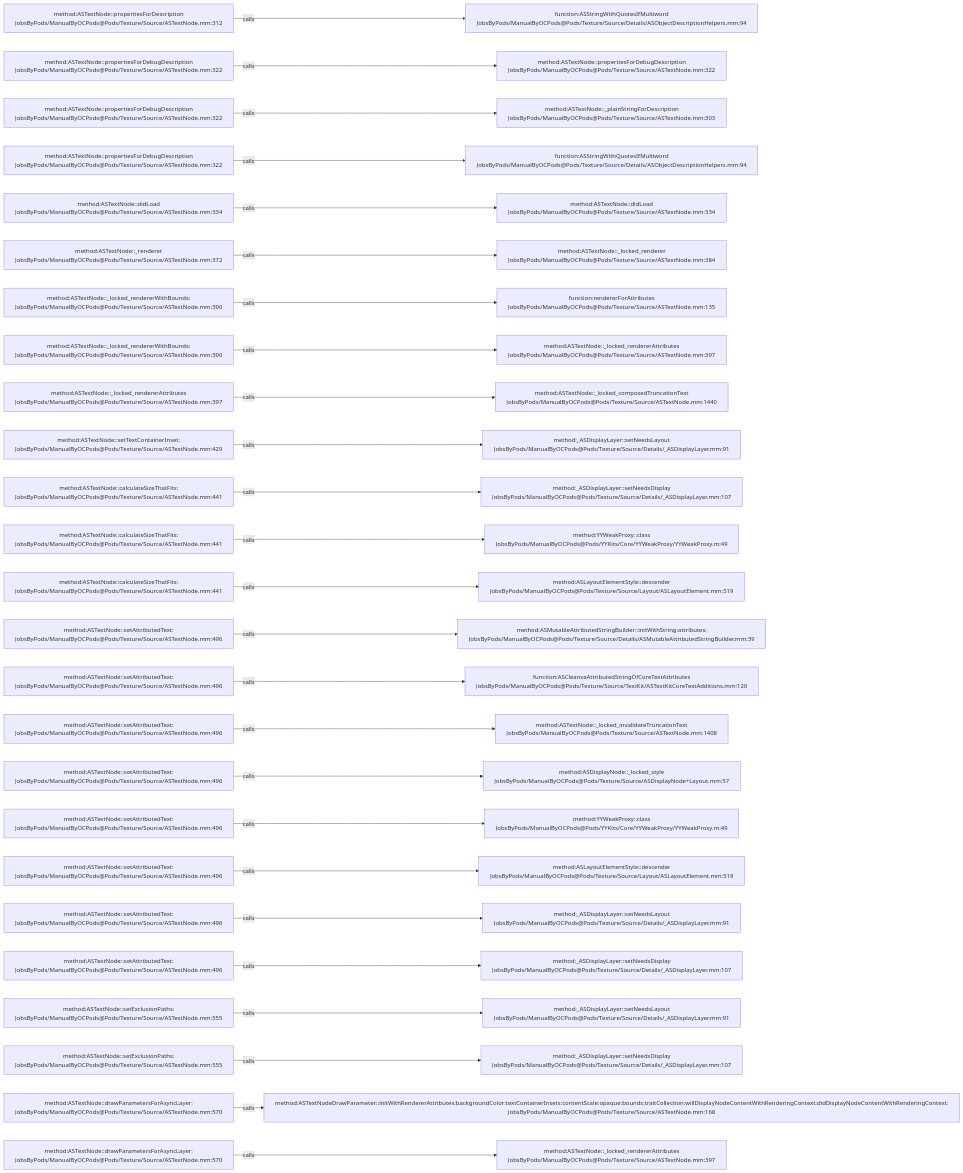
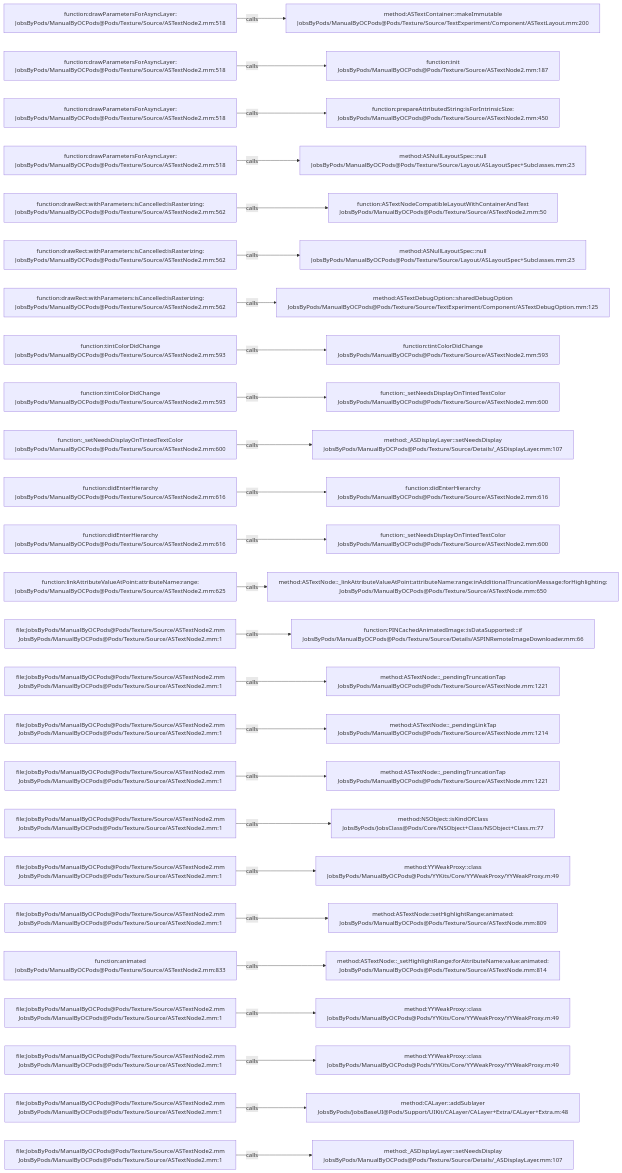
Before and after one commit to JobsKits/JobsOCBaseConfigDemo: the diagram in .codegraph/codegraph.md/graphs/calls-132.md, drawn with Mermaid. The commit also changed 1448 other files, not shown here.

````diff
--- a/.codegraph/codegraph.md/graphs/calls-132.md
+++ b/.codegraph/codegraph.md/graphs/calls-132.md
@@ -13,78 +13,78 @@
 ```mermaid
 flowchart LR
-  S1["method:ASTextNode::propertiesForDescription<br/>JobsByPods/ManualByOCPods@Pods/Texture/Source/ASTextNode.mm:312"]
-  T1["function:ASStringWithQuotesIfMultiword<br/>JobsByPods/ManualByOCPods@Pods/Texture/Source/Details/ASObjectDescriptionHelpers.mm:94"]
+  S1["function:drawParametersForAsyncLayer:<br/>JobsByPods/ManualByOCPods@Pods/Texture/Source/ASTextNode2.mm:518"]
+  T1["method:ASTextContainer::makeImmutable<br/>JobsByPods/ManualByOCPods@Pods/Texture/Source/TextExperiment/Component/ASTextLayout.mm:200"]
   S1 -->|calls| T1
-  S2["method:ASTextNode::propertiesForDebugDescription<br/>JobsByPods/ManualByOCPods@Pods/Texture/Source/ASTextNode.mm:322"]
-  T2["method:ASTextNode::propertiesForDebugDescription<br/>JobsByPods/ManualByOCPods@Pods/Texture/Source/ASTextNode.mm:322"]
+  S2["function:drawParametersForAsyncLayer:<br/>JobsByPods/ManualByOCPods@Pods/Texture/Source/ASTextNode2.mm:518"]
+  T2["function:init<br/>JobsByPods/ManualByOCPods@Pods/Texture/Source/ASTextNode2.mm:187"]
   S2 -->|calls| T2
-  S3["method:ASTextNode::propertiesForDebugDescription<br/>JobsByPods/ManualByOCPods@Pods/Texture/Source/ASTextNode.mm:322"]
-  T3["method:ASTextNode::_plainStringForDescription<br/>JobsByPods/ManualByOCPods@Pods/Texture/Source/ASTextNode.mm:303"]
+  S3["function:drawParametersForAsyncLayer:<br/>JobsByPods/ManualByOCPods@Pods/Texture/Source/ASTextNode2.mm:518"]
+  T3["function:prepareAttributedString:isForIntrinsicSize:<br/>JobsByPods/ManualByOCPods@Pods/Texture/Source/ASTextNode2.mm:450"]
   S3 -->|calls| T3
-  S4["method:ASTextNode::propertiesForDebugDescription<br/>JobsByPods/ManualByOCPods@Pods/Texture/Source/ASTextNode.mm:322"]
-  T4["function:ASStringWithQuotesIfMultiword<br/>JobsByPods/ManualByOCPods@Pods/Texture/Source/Details/ASObjectDescriptionHelpers.mm:94"]
+  S4["function:drawParametersForAsyncLayer:<br/>JobsByPods/ManualByOCPods@Pods/Texture/Source/ASTextNode2.mm:518"]
+  T4["method:ASNullLayoutSpec::null<br/>JobsByPods/ManualByOCPods@Pods/Texture/Source/Layout/ASLayoutSpec+Subclasses.mm:23"]
   S4 -->|calls| T4
-  S5["method:ASTextNode::didLoad<br/>JobsByPods/ManualByOCPods@Pods/Texture/Source/ASTextNode.mm:334"]
-  T5["method:ASTextNode::didLoad<br/>JobsByPods/ManualByOCPods@Pods/Texture/Source/ASTextNode.mm:334"]
+  S5["function:drawRect:withParameters:isCancelled:isRasterizing:<br/>JobsByPods/ManualByOCPods@Pods/Texture/Source/ASTextNode2.mm:562"]
+  T5["function:ASTextNodeCompatibleLayoutWithContainerAndText<br/>JobsByPods/ManualByOCPods@Pods/Texture/Source/ASTextNode2.mm:50"]
   S5 -->|calls| T5
-  S6["method:ASTextNode::_renderer<br/>JobsByPods/ManualByOCPods@Pods/Texture/Source/ASTextNode.mm:372"]
-  T6["method:ASTextNode::_locked_renderer<br/>JobsByPods/ManualByOCPods@Pods/Texture/Source/ASTextNode.mm:384"]
+  S6["function:drawRect:withParameters:isCancelled:isRasterizing:<br/>JobsByPods/ManualByOCPods@Pods/Texture/Source/ASTextNode2.mm:562"]
+  T6["method:ASNullLayoutSpec::null<br/>JobsByPods/ManualByOCPods@Pods/Texture/Source/Layout/ASLayoutSpec+Subclasses.mm:23"]
   S6 -->|calls| T6
-  S7["method:ASTextNode::_locked_rendererWithBounds:<br/>JobsByPods/ManualByOCPods@Pods/Texture/Source/ASTextNode.mm:390"]
-  T7["function:rendererForAttributes<br/>JobsByPods/ManualByOCPods@Pods/Texture/Source/ASTextNode.mm:135"]
+  S7["function:drawRect:withParameters:isCancelled:isRasterizing:<br/>JobsByPods/ManualByOCPods@Pods/Texture/Source/ASTextNode2.mm:562"]
+  T7["method:ASTextDebugOption::sharedDebugOption<br/>JobsByPods/ManualByOCPods@Pods/Texture/Source/TextExperiment/Component/ASTextDebugOption.mm:125"]
   S7 -->|calls| T7
-  S8["method:ASTextNode::_locked_rendererWithBounds:<br/>JobsByPods/ManualByOCPods@Pods/Texture/Source/ASTextNode.mm:390"]
-  T8["method:ASTextNode::_locked_rendererAttributes<br/>JobsByPods/ManualByOCPods@Pods/Texture/Source/ASTextNode.mm:397"]
+  S8["function:tintColorDidChange<br/>JobsByPods/ManualByOCPods@Pods/Texture/Source/ASTextNode2.mm:593"]
+  T8["function:tintColorDidChange<br/>JobsByPods/ManualByOCPods@Pods/Texture/Source/ASTextNode2.mm:593"]
   S8 -->|calls| T8
-  S9["method:ASTextNode::_locked_rendererAttributes<br/>JobsByPods/ManualByOCPods@Pods/Texture/Source/ASTextNode.mm:397"]
-  T9["method:ASTextNode::_locked_composedTruncationText<br/>JobsByPods/ManualByOCPods@Pods/Texture/Source/ASTextNode.mm:1440"]
+  S9["function:tintColorDidChange<br/>JobsByPods/ManualByOCPods@Pods/Texture/Source/ASTextNode2.mm:593"]
+  T9["function:_setNeedsDisplayOnTintedTextColor<br/>JobsByPods/ManualByOCPods@Pods/Texture/Source/ASTextNode2.mm:600"]
   S9 -->|calls| T9
-  S10["method:ASTextNode::setTextContainerInset:<br/>JobsByPods/ManualByOCPods@Pods/Texture/Source/ASTextNode.mm:429"]
-  T10["method:_ASDisplayLayer::setNeedsLayout<br/>JobsByPods/ManualByOCPods@Pods/Texture/Source/Details/_ASDisplayLayer.mm:91"]
+  S10["function:_setNeedsDisplayOnTintedTextColor<br/>JobsByPods/ManualByOCPods@Pods/Texture/Source/ASTextNode2.mm:600"]
+  T10["method:_ASDisplayLayer::setNeedsDisplay<br/>JobsByPods/ManualByOCPods@Pods/Texture/Source/Details/_ASDisplayLayer.mm:107"]
   S10 -->|calls| T10
-  S11["method:ASTextNode::calculateSizeThatFits:<br/>JobsByPods/ManualByOCPods@Pods/Texture/Source/ASTextNode.mm:441"]
-  T11["method:_ASDisplayLayer::setNeedsDisplay<br/>JobsByPods/ManualByOCPods@Pods/Texture/Source/Details/_ASDisplayLayer.mm:107"]
+  S11["function:didEnterHierarchy<br/>JobsByPods/ManualByOCPods@Pods/Texture/Source/ASTextNode2.mm:616"]
+  T11["function:didEnterHierarchy<br/>JobsByPods/ManualByOCPods@Pods/Texture/Source/ASTextNode2.mm:616"]
   S11 -->|calls| T11
-  S12["method:ASTextNode::calculateSizeThatFits:<br/>JobsByPods/ManualByOCPods@Pods/Texture/Source/ASTextNode.mm:441"]
-  T12["method:YYWeakProxy::class<br/>JobsByPods/ManualByOCPods@Pods/YYKits/Core/YYWeakProxy/YYWeakProxy.m:49"]
+  S12["function:didEnterHierarchy<br/>JobsByPods/ManualByOCPods@Pods/Texture/Source/ASTextNode2.mm:616"]
+  T12["function:_setNeedsDisplayOnTintedTextColor<br/>JobsByPods/ManualByOCPods@Pods/Texture/Source/ASTextNode2.mm:600"]
   S12 -->|calls| T12
-  S13["method:ASTextNode::calculateSizeThatFits:<br/>JobsByPods/ManualByOCPods@Pods/Texture/Source/ASTextNode.mm:441"]
-  T13["method:ASLayoutElementStyle::descender<br/>JobsByPods/ManualByOCPods@Pods/Texture/Source/Layout/ASLayoutElement.mm:519"]
+  S13["function:linkAttributeValueAtPoint:attributeName:range:<br/>JobsByPods/ManualByOCPods@Pods/Texture/Source/ASTextNode2.mm:625"]
+  T13["method:ASTextNode::_linkAttributeValueAtPoint:attributeName:range:inAdditionalTruncationMessage:forHighlighting:<br/>JobsByPods/ManualByOCPods@Pods/Texture/Source/ASTextNode.mm:650"]
   S13 -->|calls| T13
-  S14["method:ASTextNode::setAttributedText:<br/>JobsByPods/ManualByOCPods@Pods/Texture/Source/ASTextNode.mm:496"]
-  T14["method:ASMutableAttributedStringBuilder::initWithString:attributes:<br/>JobsByPods/ManualByOCPods@Pods/Texture/Source/Details/ASMutableAttributedStringBuilder.mm:39"]
+  S14["file:JobsByPods/ManualByOCPods@Pods/Texture/Source/ASTextNode2.mm<br/>JobsByPods/ManualByOCPods@Pods/Texture/Source/ASTextNode2.mm:1"]
+  T14["function:PINCachedAnimatedImage::isDataSupported:::if<br/>JobsByPods/ManualByOCPods@Pods/Texture/Source/Details/ASPINRemoteImageDownloader.mm:66"]
   S14 -->|calls| T14
-  S15["method:ASTextNode::setAttributedText:<br/>JobsByPods/ManualByOCPods@Pods/Texture/Source/ASTextNode.mm:496"]
-  T15["function:ASCleanseAttributedStringOfCoreTextAttributes<br/>JobsByPods/ManualByOCPods@Pods/Texture/Source/TextKit/ASTextKitCoreTextAdditions.mm:120"]
+  S15["file:JobsByPods/ManualByOCPods@Pods/Texture/Source/ASTextNode2.mm<br/>JobsByPods/ManualByOCPods@Pods/Texture/Source/ASTextNode2.mm:1"]
+  T15["method:ASTextNode::_pendingTruncationTap<br/>JobsByPods/ManualByOCPods@Pods/Texture/Source/ASTextNode.mm:1221"]
   S15 -->|calls| T15
-  S16["method:ASTextNode::setAttributedText:<br/>JobsByPods/ManualByOCPods@Pods/Texture/Source/ASTextNode.mm:496"]
-  T16["method:ASTextNode::_locked_invalidateTruncationText<br/>JobsByPods/ManualByOCPods@Pods/Texture/Source/ASTextNode.mm:1408"]
+  S16["file:JobsByPods/ManualByOCPods@Pods/Texture/Source/ASTextNode2.mm<br/>JobsByPods/ManualByOCPods@Pods/Texture/Source/ASTextNode2.mm:1"]
+  T16["method:ASTextNode::_pendingLinkTap<br/>JobsByPods/ManualByOCPods@Pods/Texture/Source/ASTextNode.mm:1214"]
   S16 -->|calls| T16
-  S17["method:ASTextNode::setAttributedText:<br/>JobsByPods/ManualByOCPods@Pods/Texture/Source/ASTextNode.mm:496"]
-  T17["method:ASDisplayNode::_locked_style<br/>JobsByPods/ManualByOCPods@Pods/Texture/Source/ASDisplayNode+Layout.mm:57"]
+  S17["file:JobsByPods/ManualByOCPods@Pods/Texture/Source/ASTextNode2.mm<br/>JobsByPods/ManualByOCPods@Pods/Texture/Source/ASTextNode2.mm:1"]
+  T17["method:ASTextNode::_pendingTruncationTap<br/>JobsByPods/ManualByOCPods@Pods/Texture/Source/ASTextNode.mm:1221"]
   S17 -->|calls| T17
-  S18["method:ASTextNode::setAttributedText:<br/>JobsByPods/ManualByOCPods@Pods/Texture/Source/ASTextNode.mm:496"]
-  T18["method:YYWeakProxy::class<br/>JobsByPods/ManualByOCPods@Pods/YYKits/Core/YYWeakProxy/YYWeakProxy.m:49"]
+  S18["file:JobsByPods/ManualByOCPods@Pods/Texture/Source/ASTextNode2.mm<br/>JobsByPods/ManualByOCPods@Pods/Texture/Source/ASTextNode2.mm:1"]
+  T18["method:NSObject::isKindOfClass<br/>JobsByPods/JobsClass@Pods/Core/NSObject+Class/NSObject+Class.m:77"]
   S18 -->|calls| T18
-  S19["method:ASTextNode::setAttributedText:<br/>JobsByPods/ManualByOCPods@Pods/Texture/Source/ASTextNode.mm:496"]
-  T19["method:ASLayoutElementStyle::descender<br/>JobsByPods/ManualByOCPods@Pods/Texture/Source/Layout/ASLayoutElement.mm:519"]
+  S19["file:JobsByPods/ManualByOCPods@Pods/Texture/Source/ASTextNode2.mm<br/>JobsByPods/ManualByOCPods@Pods/Texture/Source/ASTextNode2.mm:1"]
+  T19["method:YYWeakProxy::class<br/>JobsByPods/ManualByOCPods@Pods/YYKits/Core/YYWeakProxy/YYWeakProxy.m:49"]
   S19 -->|calls| T19
-  S20["method:ASTextNode::setAttributedText:<br/>JobsByPods/ManualByOCPods@Pods/Texture/Source/ASTextNode.mm:496"]
-  T20["method:_ASDisplayLayer::setNeedsLayout<br/>JobsByPods/ManualByOCPods@Pods/Texture/Source/Details/_ASDisplayLayer.mm:91"]
+  S20["file:JobsByPods/ManualByOCPods@Pods/Texture/Source/ASTextNode2.mm<br/>JobsByPods/ManualByOCPods@Pods/Texture/Source/ASTextNode2.mm:1"]
+  T20["method:ASTextNode::setHighlightRange:animated:<br/>JobsByPods/ManualByOCPods@Pods/Texture/Source/ASTextNode.mm:809"]
   S20 -->|calls| T20
-  S21["method:ASTextNode::setAttributedText:<br/>JobsByPods/ManualByOCPods@Pods/Texture/Source/ASTextNode.mm:496"]
-  T21["method:_ASDisplayLayer::setNeedsDisplay<br/>JobsByPods/ManualByOCPods@Pods/Texture/Source/Details/_ASDisplayLayer.mm:107"]
+  S21["function:animated<br/>JobsByPods/ManualByOCPods@Pods/Texture/Source/ASTextNode2.mm:833"]
+  T21["method:ASTextNode::_setHighlightRange:forAttributeName:value:animated:<br/>JobsByPods/ManualByOCPods@Pods/Texture/Source/ASTextNode.mm:814"]
   S21 -->|calls| T21
-  S22["method:ASTextNode::setExclusionPaths:<br/>JobsByPods/ManualByOCPods@Pods/Texture/Source/ASTextNode.mm:555"]
-  T22["method:_ASDisplayLayer::setNeedsLayout<br/>JobsByPods/ManualByOCPods@Pods/Texture/Source/Details/_ASDisplayLayer.mm:91"]
+  S22["file:JobsByPods/ManualByOCPods@Pods/Texture/Source/ASTextNode2.mm<br/>JobsByPods/ManualByOCPods@Pods/Texture/Source/ASTextNode2.mm:1"]
+  T22["method:YYWeakProxy::class<br/>JobsByPods/ManualByOCPods@Pods/YYKits/Core/YYWeakProxy/YYWeakProxy.m:49"]
   S22 -->|calls| T22
-  S23["method:ASTextNode::setExclusionPaths:<br/>JobsByPods/ManualByOCPods@Pods/Texture/Source/ASTextNode.mm:555"]
-  T23["method:_ASDisplayLayer::setNeedsDisplay<br/>JobsByPods/ManualByOCPods@Pods/Texture/Source/Details/_ASDisplayLayer.mm:107"]
+  S23["file:JobsByPods/ManualByOCPods@Pods/Texture/Source/ASTextNode2.mm<br/>JobsByPods/ManualByOCPods@Pods/Texture/Source/ASTextNode2.mm:1"]
+  T23["method:YYWeakProxy::class<br/>JobsByPods/ManualByOCPods@Pods/YYKits/Core/YYWeakProxy/YYWeakProxy.m:49"]
   S23 -->|calls| T23
-  S24["method:ASTextNode::drawParametersForAsyncLayer:<br/>JobsByPods/ManualByOCPods@Pods/Texture/Source/ASTextNode.mm:570"]
-  T24["method:ASTextNodeDrawParameter::initWithRendererAttributes:backgroundColor:textContainerInsets:contentScale:opaque:bounds:traitCollection:willDisplayNodeContentWithRenderingContext:didDisplayNodeContentWithRenderingContext:<br/>JobsByPods/ManualByOCPods@Pods/Texture/Source/ASTextNode.mm:168"]
+  S24["file:JobsByPods/ManualByOCPods@Pods/Texture/Source/ASTextNode2.mm<br/>JobsByPods/ManualByOCPods@Pods/Texture/Source/ASTextNode2.mm:1"]
+  T24["method:CALayer::addSublayer<br/>JobsByPods/JobsBaseUI@Pods/Support/UIKit/CALayer/CALayer+Extra/CALayer+Extra.m:48"]
   S24 -->|calls| T24
-  S25["method:ASTextNode::drawParametersForAsyncLayer:<br/>JobsByPods/ManualByOCPods@Pods/Texture/Source/ASTextNode.mm:570"]
-  T25["method:ASTextNode::_locked_rendererAttributes<br/>JobsByPods/ManualByOCPods@Pods/Texture/Source/ASTextNode.mm:397"]
+  S25["file:JobsByPods/ManualByOCPods@Pods/Texture/Source/ASTextNode2.mm<br/>JobsByPods/ManualByOCPods@Pods/Texture/Source/ASTextNode2.mm:1"]
+  T25["method:_ASDisplayLayer::setNeedsDisplay<br/>JobsByPods/ManualByOCPods@Pods/Texture/Source/Details/_ASDisplayLayer.mm:107"]
   S25 -->|calls| T25
 ```
````
